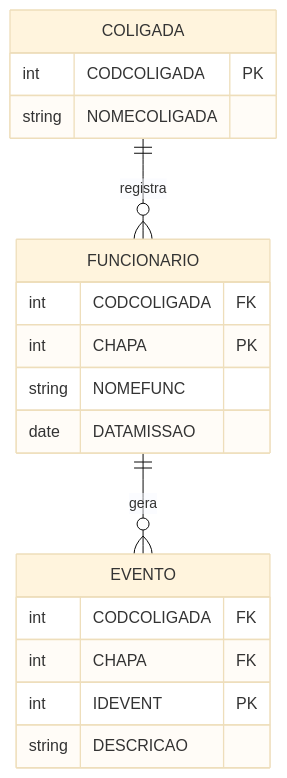
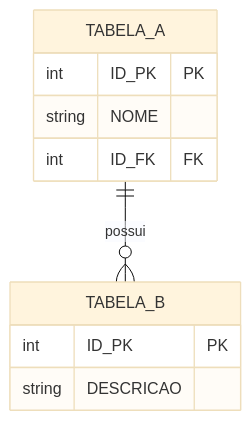
Before and after one commit to mkazimoto/ExtrairRAG-BancoDados: the diagram in resources/diagrama-relacionamento-tabelas/SKILL.md, drawn with Mermaid (base theme). The commit also changed other lines of this file and 3 other files, not shown here.

Commit message:
feat: update SQL generation skills and enhance documentation for recursive queries and ER diagrams

````diff
--- a/resources/diagrama-relacionamento-tabelas/SKILL.md
+++ b/resources/diagrama-relacionamento-tabelas/SKILL.md
@@ -60,24 +22,13 @@
 ```mermaid
 erDiagram
-  COLIGADA {
-    int CODCOLIGADA PK
-    string NOMECOLIGADA
-  }
-  
-  FUNCIONARIO {
-    int CODCOLIGADA FK
-    int CHAPA PK
-    string NOMEFUNC
-    date DATAMISSAO
-  }
-  
-  EVENTO {
-    int CODCOLIGADA FK
-    int CHAPA FK
-    int IDEVENT PK
-    string DESCRICAO
-  }
-  
-  COLIGADA ||--o{ FUNCIONARIO : "registra"
-  FUNCIONARIO ||--o{ EVENTO : "gera"
+    TABELA_A {
+        int ID_PK PK
+        string NOME
+        int ID_FK FK
+    }
+    TABELA_B {
+        int ID_PK PK
+        string DESCRICAO
+    }
+    TABELA_A ||--o{ TABELA_B : "possui"
 ```
````
